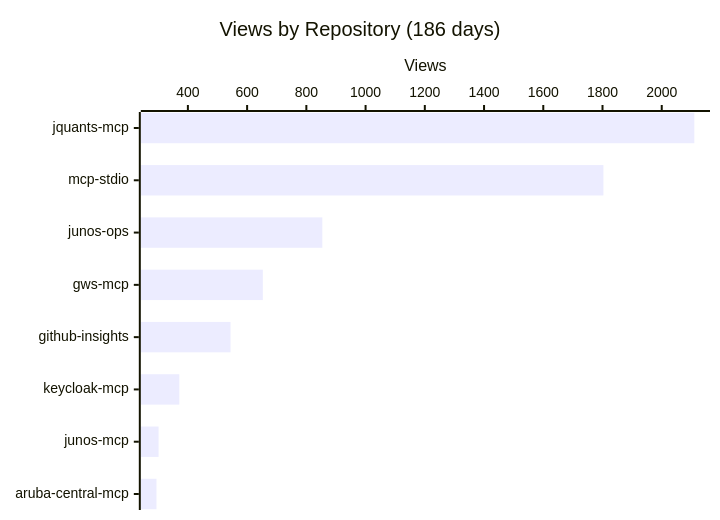
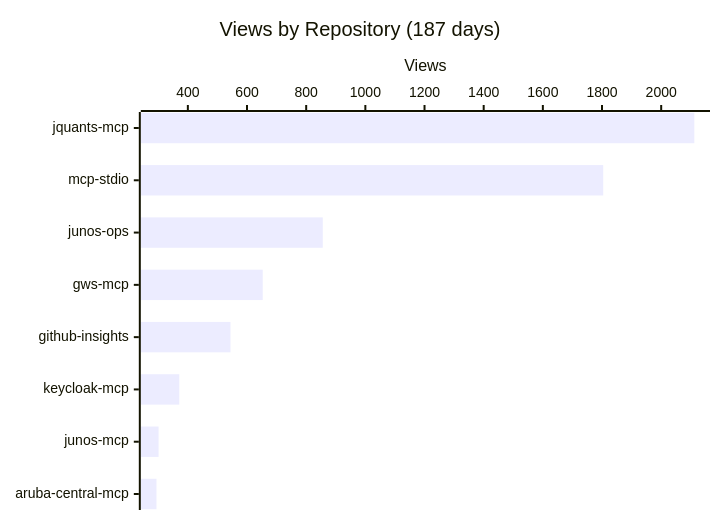
One commit to shigechika/github-insights changed the first of 4 diagrams in README.md. Above: the diagram before and after it, drawn with Mermaid. The commit also changed other lines of this file and 2 other files, not shown here.

````diff
--- a/README.md
+++ b/README.md
@@ -18,7 +18,7 @@
 ```mermaid
 xychart-beta horizontal
-    title "Views by Repository (186 days)"
+    title "Views by Repository (187 days)"
     x-axis ["jquants-mcp", "mcp-stdio", "junos-ops", "gws-mcp", "github-insights", "keycloak-mcp", "junos-mcp", "aruba-central-mcp"]
     y-axis "Views"
-    bar [2110, 1803, 854, 653, 544, 371, 301, 294]
+    bar [2112, 1804, 856, 653, 544, 371, 301, 294]
 ```
````
